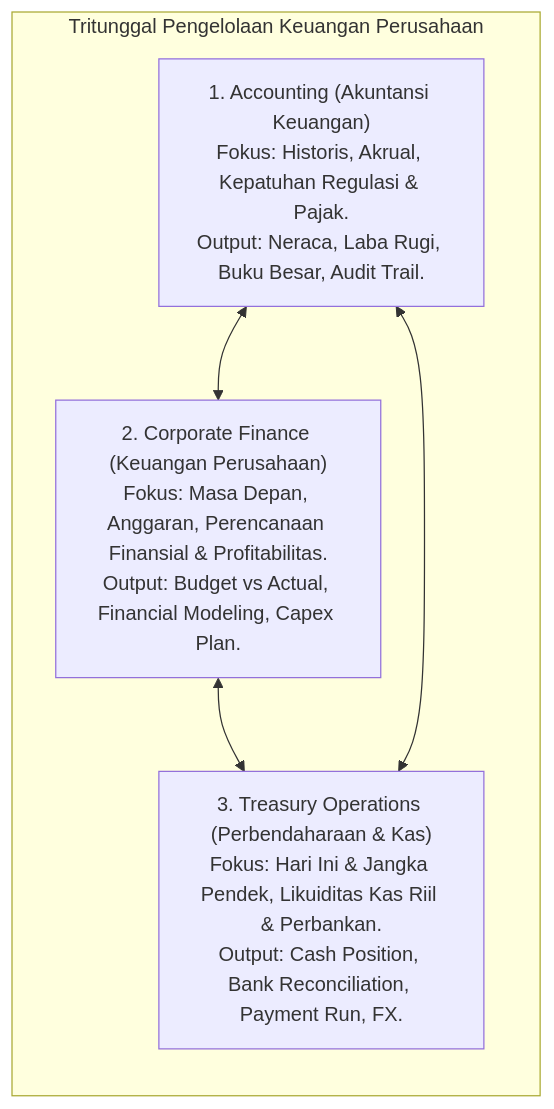
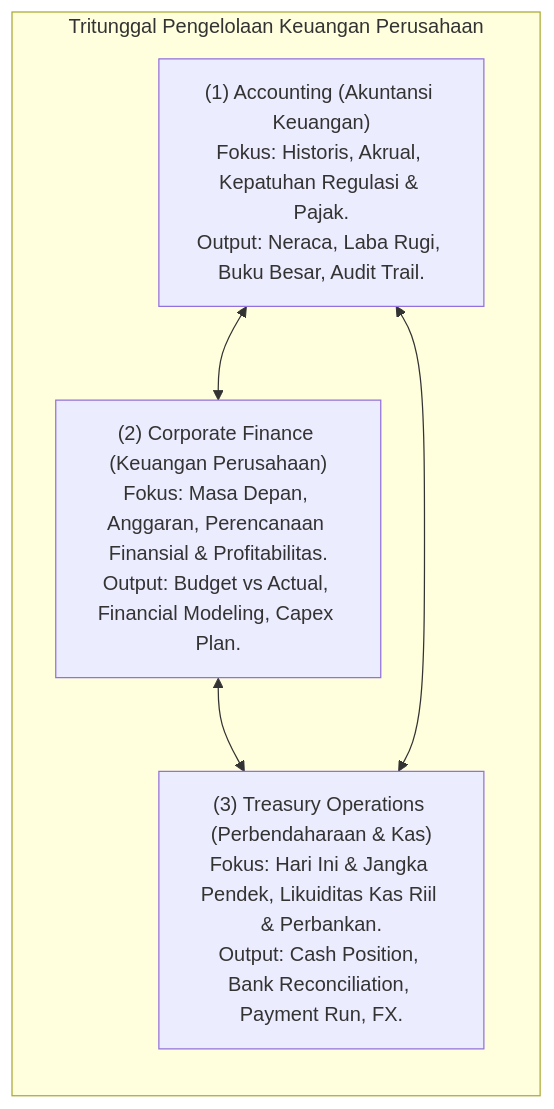
Before and after one commit to alimurrofid/erp-notes: the first of 2 diagrams in content/07-finance/finance-fundamentals.md, drawn with Mermaid. The commit also changed other lines of this file and 132 other files, not shown here.

````diff
--- a/content/07-finance/finance-fundamentals.md
+++ b/content/07-finance/finance-fundamentals.md
@@ -35,12 +35,12 @@
 ```mermaid
 flowchart TD
     subgraph CoreTriad["Tritunggal Pengelolaan Keuangan Perusahaan"]
         direction TB
-        ACC["1. Accounting (Akuntansi Keuangan)<br/>Fokus: Historis, Akrual, Kepatuhan Regulasi & Pajak.<br/>Output: Neraca, Laba Rugi, Buku Besar, Audit Trail."]
-        FIN["2. Corporate Finance (Keuangan Perusahaan)<br/>Fokus: Masa Depan, Anggaran, Perencanaan Finansial & Profitabilitas.<br/>Output: Budget vs Actual, Financial Modeling, Capex Plan."]
-        TRS["3. Treasury Operations (Perbendaharaan & Kas)<br/>Fokus: Hari Ini & Jangka Pendek, Likuiditas Kas Riil & Perbankan.<br/>Output: Cash Position, Bank Reconciliation, Payment Run, FX."]
+        ACC["(1) Accounting (Akuntansi Keuangan)<br/>Fokus: Historis, Akrual, Kepatuhan Regulasi & Pajak.<br/>Output: Neraca, Laba Rugi, Buku Besar, Audit Trail."]
+        FIN["(2) Corporate Finance (Keuangan Perusahaan)<br/>Fokus: Masa Depan, Anggaran, Perencanaan Finansial & Profitabilitas.<br/>Output: Budget vs Actual, Financial Modeling, Capex Plan."]
+        TRS["(3) Treasury Operations (Perbendaharaan & Kas)<br/>Fokus: Hari Ini & Jangka Pendek, Likuiditas Kas Riil & Perbankan.<br/>Output: Cash Position, Bank Reconciliation, Payment Run, FX."]
     end
     ACC <--> FIN
     FIN <--> TRS
     TRS <--> ACC
 ```
````
